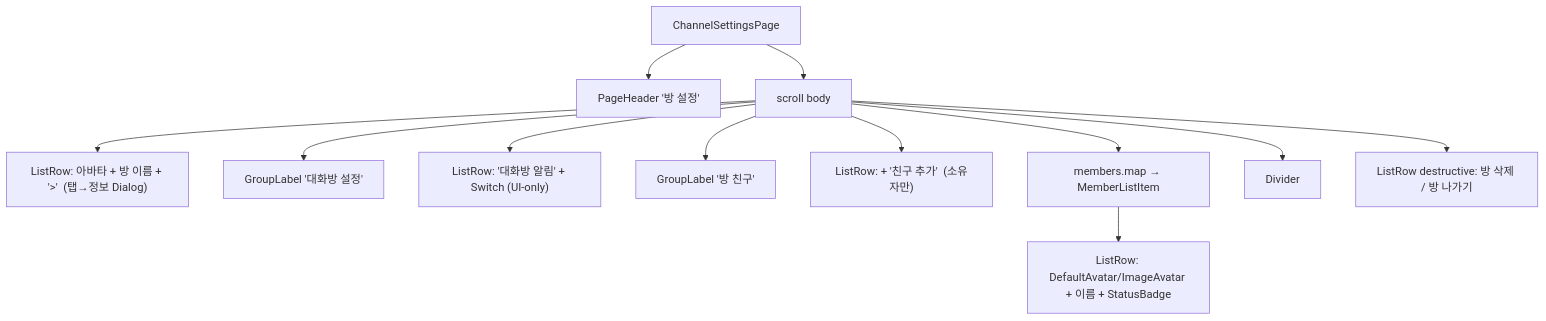
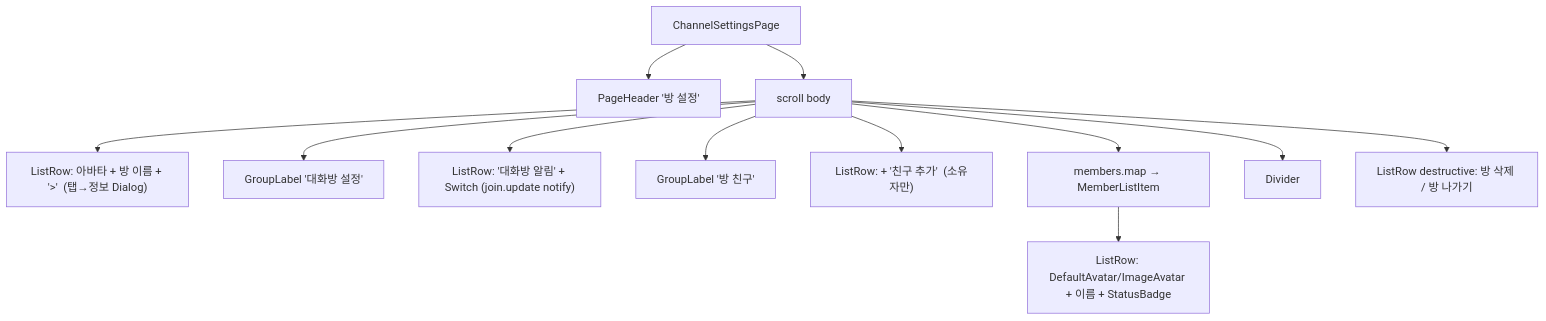
One commit to lemoncloud-io/dou-app changed the first of 3 diagrams in apps/web/docs/feature/channels/channel-settings.md. Above: the diagram before and after it, drawn with Mermaid. The commit also changed other lines of this file and 1 other file, not shown here.

````diff
--- a/apps/web/docs/feature/channels/channel-settings.md
+++ b/apps/web/docs/feature/channels/channel-settings.md
@@ -59,14 +67,14 @@
 ```mermaid
 flowchart TD
   Page[ChannelSettingsPage] --> Header[PageHeader '방 설정']
   Page --> Body[scroll body]
   Body --> NameRow["ListRow: 아바타 + 방 이름 + '>'  (탭→정보 Dialog)"]
   Body --> G1[GroupLabel '대화방 설정']
-  Body --> AlarmRow["ListRow: '대화방 알림' + Switch (UI-only)"]
+  Body --> AlarmRow["ListRow: '대화방 알림' + Switch (join.update notify)"]
   Body --> G2[GroupLabel '방 친구']
   Body --> AddRow["ListRow: + '친구 추가'  (소유자만)"]
   Body --> MemberList[members.map → MemberListItem]
   MemberList --> MRow["ListRow: DefaultAvatar/ImageAvatar + 이름 + StatusBadge"]
   Body --> Divider[Divider]
   Body --> DangerRow["ListRow destructive: 방 삭제 / 방 나가기"]
 ```
````
